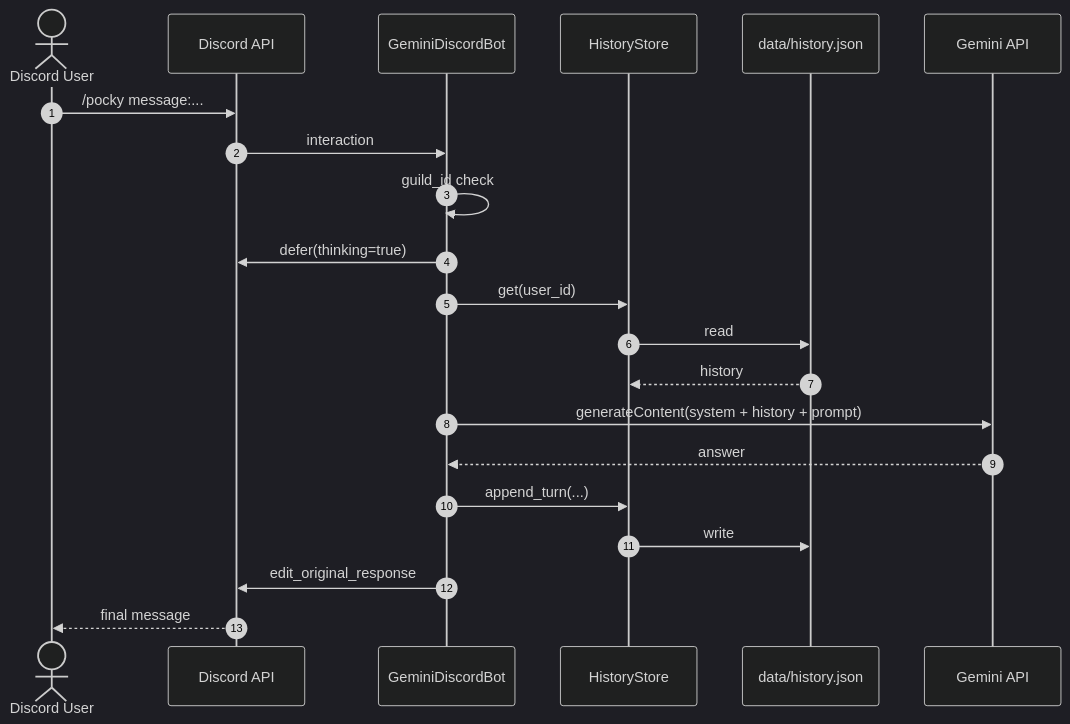
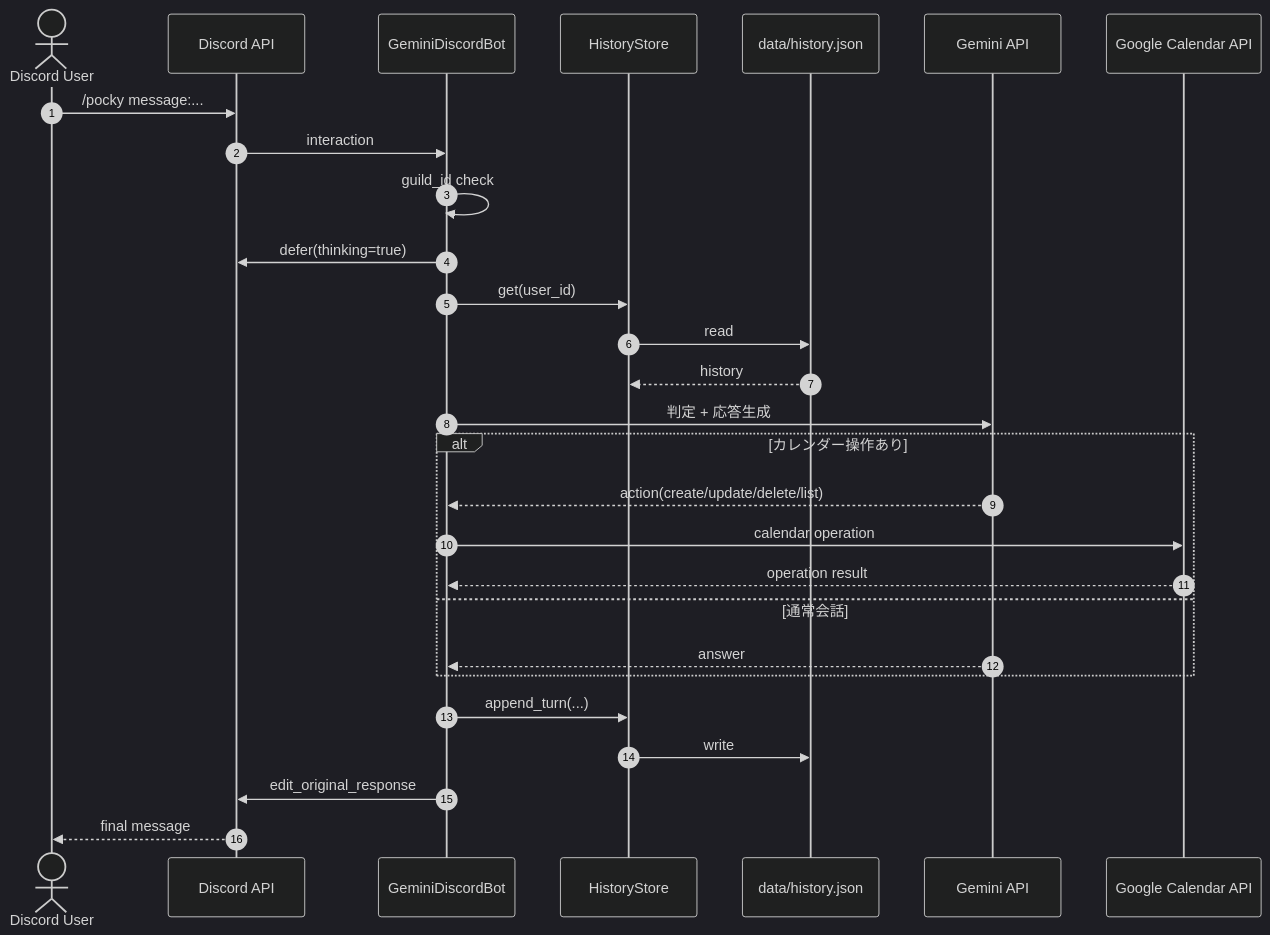
The third of 4 diagrams in docs/system-specification.md (s-kirii/gemini-bot-py), drawn with Mermaid (dark theme) before and after one commit. The commit also changed other lines of this file and 9 other files, not shown here.

````diff
--- a/docs/system-specification.md
+++ b/docs/system-specification.md
@@ -231,24 +259,31 @@
 ```mermaid
 sequenceDiagram
   autonumber
   actor User as Discord User
   participant Disc as Discord API
   participant Bot as GeminiDiscordBot
   participant Store as HistoryStore
   participant File as data/history.json
   participant Gemini as Gemini API
+  participant Cal as Google Calendar API
 
   User->>Disc: /pocky message:...
   Disc->>Bot: interaction
   Bot->>Bot: guild_id check
   Bot->>Disc: defer(thinking=true)
   Bot->>Store: get(user_id)
   Store->>File: read
   File-->>Store: history
-  Bot->>Gemini: generateContent(system + history + prompt)
-  Gemini-->>Bot: answer
+  Bot->>Gemini: 判定 + 応答生成
+  alt カレンダー操作あり
+    Gemini-->>Bot: action(create/update/delete/list)
+    Bot->>Cal: calendar operation
+    Cal-->>Bot: operation result
+  else 通常会話
+    Gemini-->>Bot: answer
+  end
   Bot->>Store: append_turn(...)
   Store->>File: write
   Bot->>Disc: edit_original_response
   Disc-->>User: final message
 ```
````
